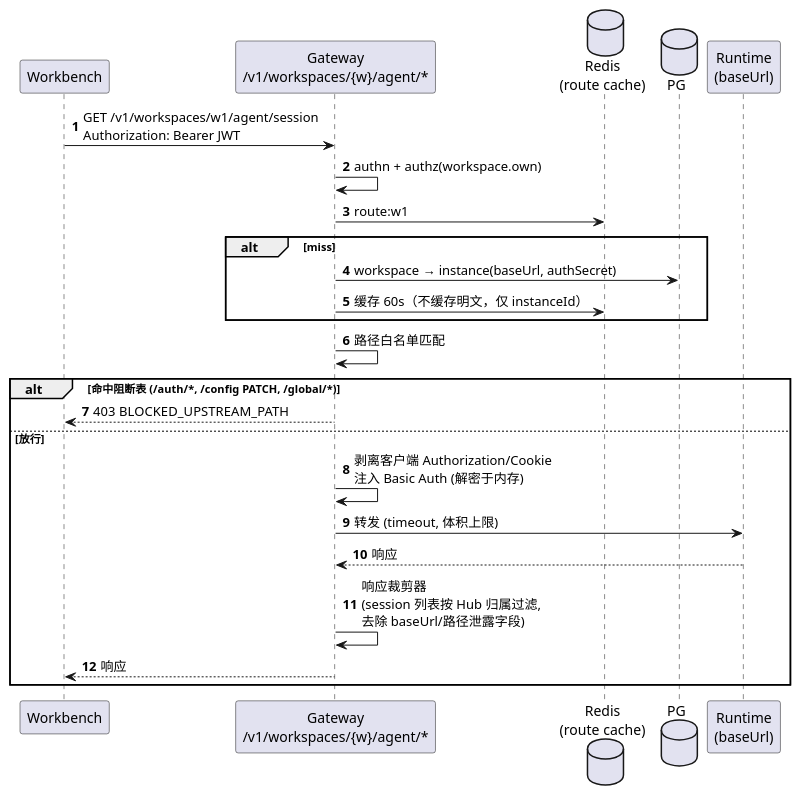
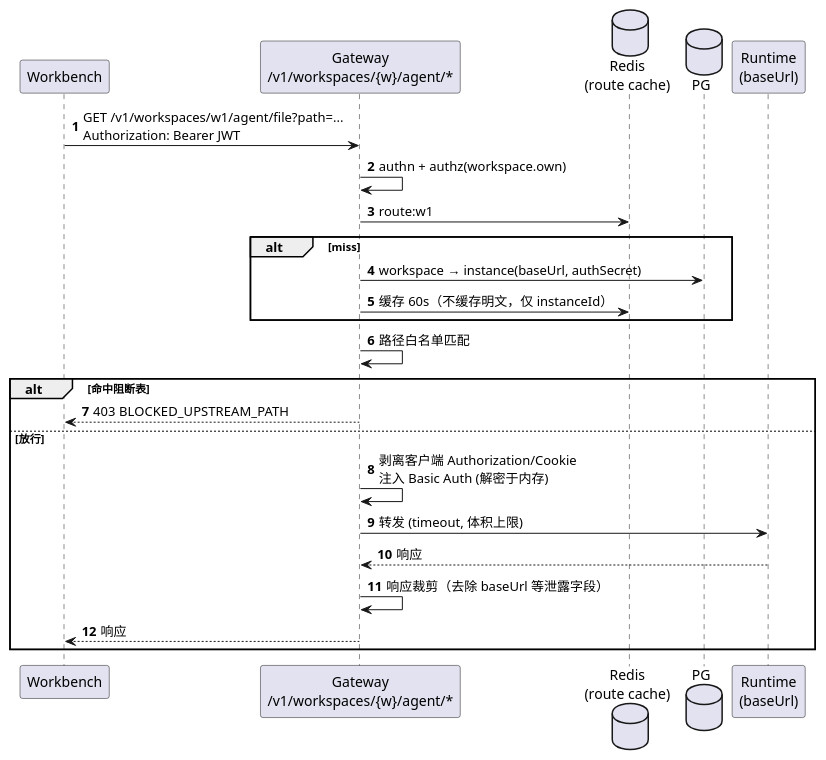
Before and after one commit to JackLuguibin/AgentHubEx: the second of 4 diagrams in docs/architecture/04-gateway-facade.md, drawn with PlantUML. The commit also changed other lines of this file and 18 other files, not shown here.

First line of the commit message:
docs: align architecture on React SPA, Drizzle, open-source, intranet

````diff
--- a/docs/architecture/04-gateway-facade.md
+++ b/docs/architecture/04-gateway-facade.md
@@ -39,28 +41,28 @@
 ```plantuml
 @startuml proxy
 autonumber
 participant Workbench as W
 participant "Gateway\n/v1/workspaces/{w}/agent/*" as G
 database "Redis\n(route cache)" as RC
 database PG
 participant "Runtime\n(baseUrl)" as R
 
-W -> G : GET /v1/workspaces/w1/agent/session\nAuthorization: Bearer JWT
+W -> G : GET /v1/workspaces/w1/agent/file?path=...\nAuthorization: Bearer JWT
 G -> G : authn + authz(workspace.own)
 G -> RC : route:w1
 alt miss
   G -> PG : workspace → instance(baseUrl, authSecret)
   G -> RC : 缓存 60s（不缓存明文，仅 instanceId）
 end
 G -> G : 路径白名单匹配
-alt 命中阻断表 (/auth/*, /config PATCH, /global/*)
+alt 命中阻断表
   G --> W : 403 BLOCKED_UPSTREAM_PATH
 else 放行
   G -> G : 剥离客户端 Authorization/Cookie\n注入 Basic Auth (解密于内存)
   G -> R : 转发 (timeout, 体积上限)
   R --> G : 响应
-  G -> G : 响应裁剪器\n(session 列表按 Hub 归属过滤,\n去除 baseUrl/路径泄露字段)
+  G -> G : 响应裁剪（去除 baseUrl 等泄露字段）
   G --> W : 响应
 end
 @enduml
 ```
````
